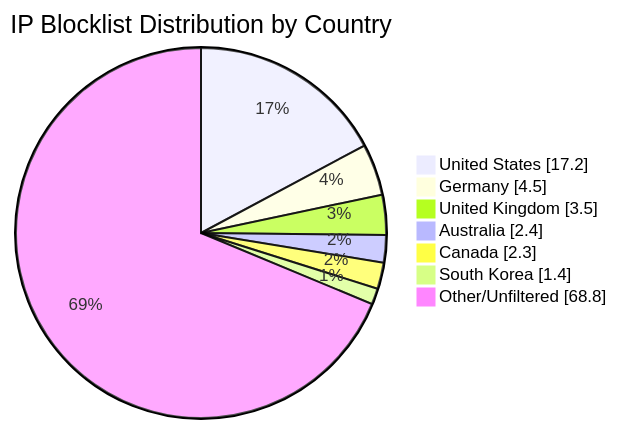
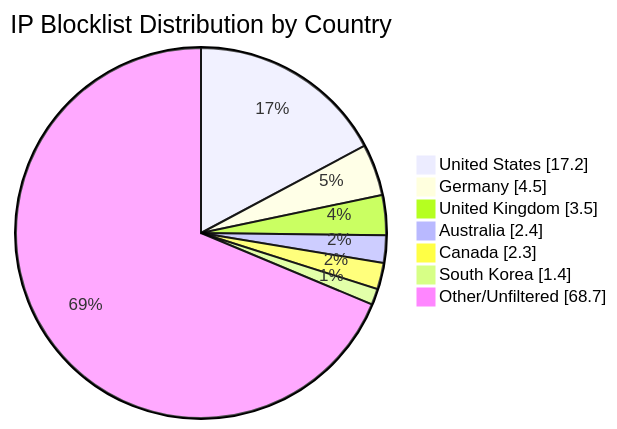
The diagram in README.md (MarcusHoltz/ipblocklist-geofiltered-aggregator), drawn with Mermaid before and after one commit. The commit also changed other lines of this file and 9 other files, not shown here.

````diff
--- a/README.md
+++ b/README.md
@@ -34,10 +34,10 @@
 ```mermaid
 pie showData title IP Blocklist Distribution by Country
 "United States" : 17.2
 "Germany" : 4.5
 "United Kingdom" : 3.5
 "Australia" : 2.4
 "Canada" : 2.3
 "South Korea" : 1.4
-"Other/Unfiltered" : 68.8
+"Other/Unfiltered" : 68.7
 ```
````
